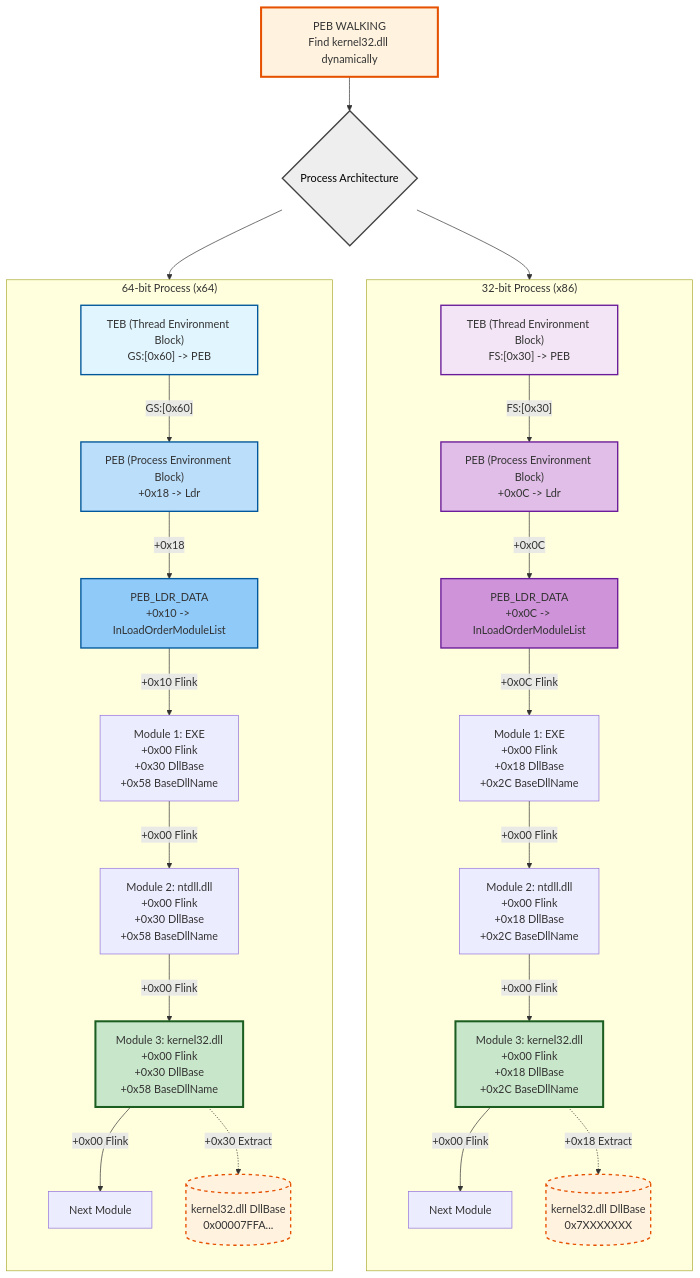
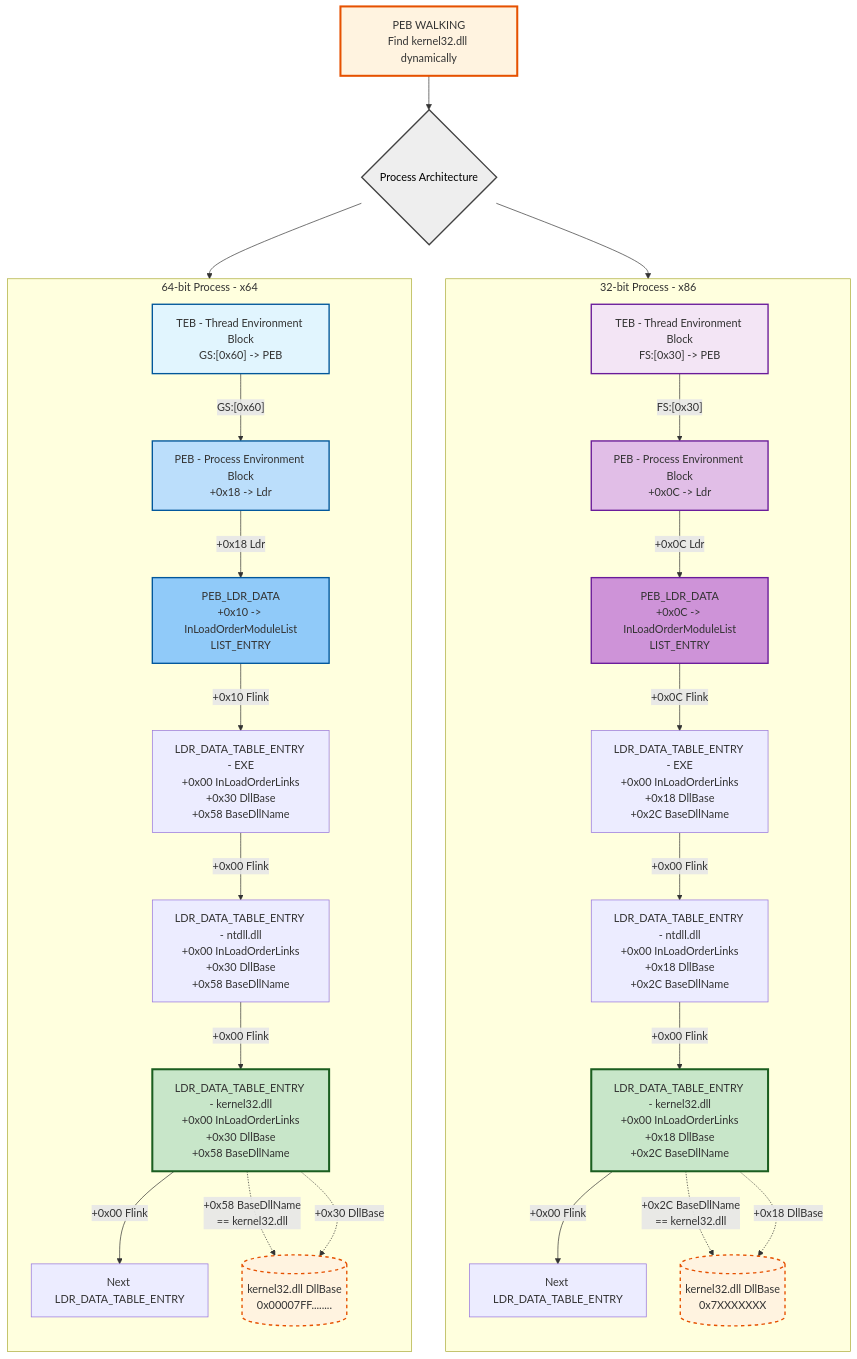
One commit to adolfcna/ATTvDEF changed the second of 2 diagrams in content/Mitre Attack/Resource Development TA0042/Develop Capabilities T1587/Exploit/ShellCode/Windows x64 Assembly.md. Above: the diagram before and after it, drawn with Mermaid.

Commit message:
vault backup: 2026-10-06 22:37:54

````diff
--- a/content/Mitre Attack/Resource Development TA0042/Develop Capabilities T1587/Exploit/ShellCode/Windows x64 Assembly.md
+++ b/content/Mitre Attack/Resource Development TA0042/Develop Capabilities T1587/Exploit/ShellCode/Windows x64 Assembly.md
@@ -162,87 +162,103 @@
 ```mermaid
 flowchart TD
+
     START["PEB WALKING<br/>Find kernel32.dll dynamically"]
-
-    START --> ARCH
 
     ARCH{"Process Architecture"}
 
+    START --> ARCH
     ARCH --> X64
     ARCH --> X86
+
 
     %% =========================
     %% X64
     %% =========================
-    subgraph X64["64-bit Process (x64)"]
+
+    subgraph X64["64-bit Process - x64"]
         direction TB
 
-        TEB64["TEB (Thread Environment Block)<br/>GS:[0x60] -> PEB"]
-        PEB64["PEB (Process Environment Block)<br/>+0x18 -> Ldr"]
-        LDR64["PEB_LDR_DATA<br/>+0x10 -> InLoadOrderModuleList"]
+        TEB64["TEB - Thread Environment Block<br/>GS:[0x60] -> PEB"]
 
-        EXE64["Module 1: EXE<br/>+0x00 Flink<br/>+0x30 DllBase<br/>+0x58 BaseDllName"]
-        NTDLL64["Module 2: ntdll.dll<br/>+0x00 Flink<br/>+0x30 DllBase<br/>+0x58 BaseDllName"]
-        K3264["Module 3: kernel32.dll<br/>+0x00 Flink<br/>+0x30 DllBase<br/>+0x58 BaseDllName"]
-        NEXT64["Next Module"]
+        PEB64["PEB - Process Environment Block<br/>+0x18 -> Ldr"]
 
-        BASE64[("kernel32.dll DllBase<br/>0x00007FFA...")]
+        LDR64["PEB_LDR_DATA<br/>+0x10 -> InLoadOrderModuleList<br/>LIST_ENTRY"]
+
+        EXE64["LDR_DATA_TABLE_ENTRY - EXE<br/>+0x00 InLoadOrderLinks<br/>+0x30 DllBase<br/>+0x58 BaseDllName"]
+
+        NTDLL64["LDR_DATA_TABLE_ENTRY - ntdll.dll<br/>+0x00 InLoadOrderLinks<br/>+0x30 DllBase<br/>+0x58 BaseDllName"]
+
+        K3264["LDR_DATA_TABLE_ENTRY - kernel32.dll<br/>+0x00 InLoadOrderLinks<br/>+0x30 DllBase<br/>+0x58 BaseDllName"]
+
+        NEXT64["Next LDR_DATA_TABLE_ENTRY"]
+
+        BASE64[("kernel32.dll DllBase<br/>0x00007FF........")]
 
         TEB64 -->|"GS:[0x60]"| PEB64
-        PEB64 -->|"+0x18"| LDR64
+        PEB64 -->|"+0x18 Ldr"| LDR64
 
         LDR64 -->|"+0x10 Flink"| EXE64
         EXE64 -->|"+0x00 Flink"| NTDLL64
         NTDLL64 -->|"+0x00 Flink"| K3264
         K3264 -->|"+0x00 Flink"| NEXT64
 
-        K3264 -.->|"+0x30 Extract"| BASE64
+        K3264 -.->|"+0x58 BaseDllName<br/>== kernel32.dll"| BASE64
+        K3264 -.->|"+0x30 DllBase"| BASE64
     end
+
 
     %% =========================
     %% X86
     %% =========================
-    subgraph X86["32-bit Process (x86)"]
+
+    subgraph X86["32-bit Process - x86"]
         direction TB
 
-        TEB32["TEB (Thread Environment Block)<br/>FS:[0x30] -> PEB"]
-        PEB32["PEB (Process Environment Block)<br/>+0x0C -> Ldr"]
-        LDR32["PEB_LDR_DATA<br/>+0x0C -> InLoadOrderModuleList"]
+        TEB32["TEB - Thread Environment Block<br/>FS:[0x30] -> PEB"]
 
-        EXE32["Module 1: EXE<br/>+0x00 Flink<br/>+0x18 DllBase<br/>+0x2C BaseDllName"]
-        NTDLL32["Module 2: ntdll.dll<br/>+0x00 Flink<br/>+0x18 DllBase<br/>+0x2C BaseDllName"]
-        K3232["Module 3: kernel32.dll<br/>+0x00 Flink<br/>+0x18 DllBase<br/>+0x2C BaseDllName"]
-        NEXT32["Next Module"]
+        PEB32["PEB - Process Environment Block<br/>+0x0C -> Ldr"]
+
+        LDR32["PEB_LDR_DATA<br/>+0x0C -> InLoadOrderModuleList<br/>LIST_ENTRY"]
+
+        EXE32["LDR_DATA_TABLE_ENTRY - EXE<br/>+0x00 InLoadOrderLinks<br/>+0x18 DllBase<br/>+0x2C BaseDllName"]
+
+        NTDLL32["LDR_DATA_TABLE_ENTRY - ntdll.dll<br/>+0x00 InLoadOrderLinks<br/>+0x18 DllBase<br/>+0x2C BaseDllName"]
+
+        K3232["LDR_DATA_TABLE_ENTRY - kernel32.dll<br/>+0x00 InLoadOrderLinks<br/>+0x18 DllBase<br/>+0x2C BaseDllName"]
+
+        NEXT32["Next LDR_DATA_TABLE_ENTRY"]
 
         BASE32[("kernel32.dll DllBase<br/>0x7XXXXXXX")]
 
         TEB32 -->|"FS:[0x30]"| PEB32
-        PEB32 -->|"+0x0C"| LDR32
+        PEB32 -->|"+0x0C Ldr"| LDR32
 
         LDR32 -->|"+0x0C Flink"| EXE32
         EXE32 -->|"+0x00 Flink"| NTDLL32
         NTDLL32 -->|"+0x00 Flink"| K3232
         K3232 -->|"+0x00 Flink"| NEXT32
 
-        K3232 -.->|"+0x18 Extract"| BASE32
+        K3232 -.->|"+0x2C BaseDllName<br/>== kernel32.dll"| BASE32
+        K3232 -.->|"+0x18 DllBase"| BASE32
     end
+
 
     %% =========================
     %% Styling
     %% =========================
+
     style START fill:#fff3e0,stroke:#e65100,stroke-width:3px
     style ARCH fill:#eeeeee,stroke:#424242,stroke-width:2px,color:#000
 
-    %% x64 Styles
     style TEB64 fill:#e1f5fe,stroke:#01579b,stroke-width:2px
     style PEB64 fill:#bbdefb,stroke:#01579b,stroke-width:2px
     style LDR64 fill:#90caf9,stroke:#01579b,stroke-width:2px
     style K3264 fill:#c8e6c9,stroke:#1b5e20,stroke-width:3px
-    style BASE64 fill:#fff3e0,stroke:#e65100,stroke-width:2px,stroke-dasharray: 5,5
+    style BASE64 fill:#fff3e0,stroke:#e65100,stroke-width:2px,stroke-dasharray:5 5
 
-    %% x86 Styles
     style TEB32 fill:#f3e5f5,stroke:#6a1b9a,stroke-width:2px
     style PEB32 fill:#e1bee7,stroke:#6a1b9a,stroke-width:2px
     style LDR32 fill:#ce93d8,stroke:#6a1b9a,stroke-width:2px
     style K3232 fill:#c8e6c9,stroke:#1b5e20,stroke-width:3px
-    style BASE32 fill:#fff3e0,stroke:#e65100,stroke-width:2px,stroke-dasharray: 5,5
+    style BASE32 fill:#fff3e0,stroke:#e65100,stroke-width:2px,stroke-dasharray:5 5
 ```
````
